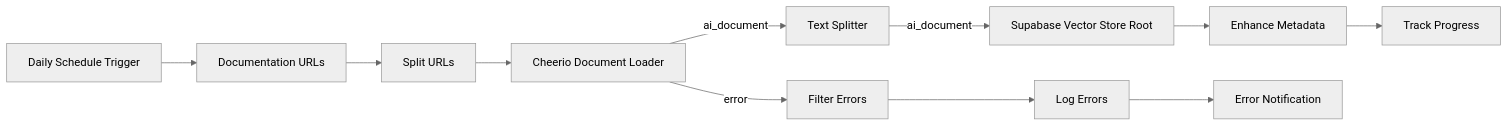
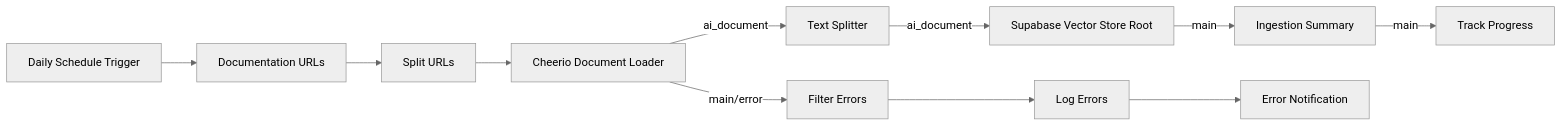
One commit to scoobydrew83/salesforce-docs-ingestion-workflow changed the diagram in README.md. Above: the diagram before and after it, drawn with Mermaid (neutral theme). The commit also changed other lines of this file, not shown here.

````diff
--- a/README.md
+++ b/README.md
@@ -40,14 +55,14 @@
 ```mermaid
 graph LR
     A[Daily Schedule Trigger] --> B[Documentation URLs]
     B --> C[Split URLs]
     C --> D[Cheerio Document Loader]
     D -->|ai_document| E[Text Splitter]
     E -->|ai_document| F[Supabase Vector Store Root]
-    F --> G[Enhance Metadata]
-    G --> H[Track Progress]
+    F -->|main| G[Ingestion Summary]
+    G -->|main| H[Track Progress]
     
-    D -->|error| I[Filter Errors]
+    D -->|main/error| I[Filter Errors]
     I --> J[Log Errors]
     J --> K[Error Notification]
 ```
````
